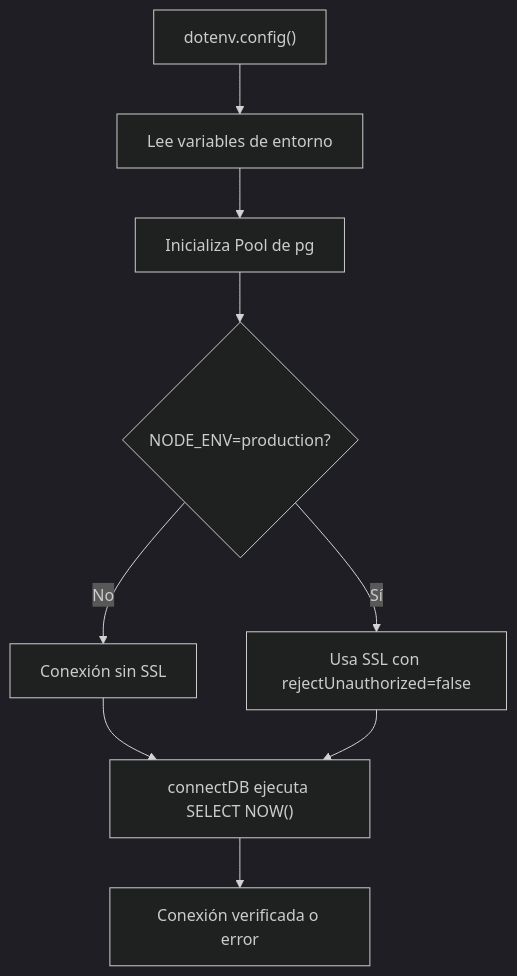
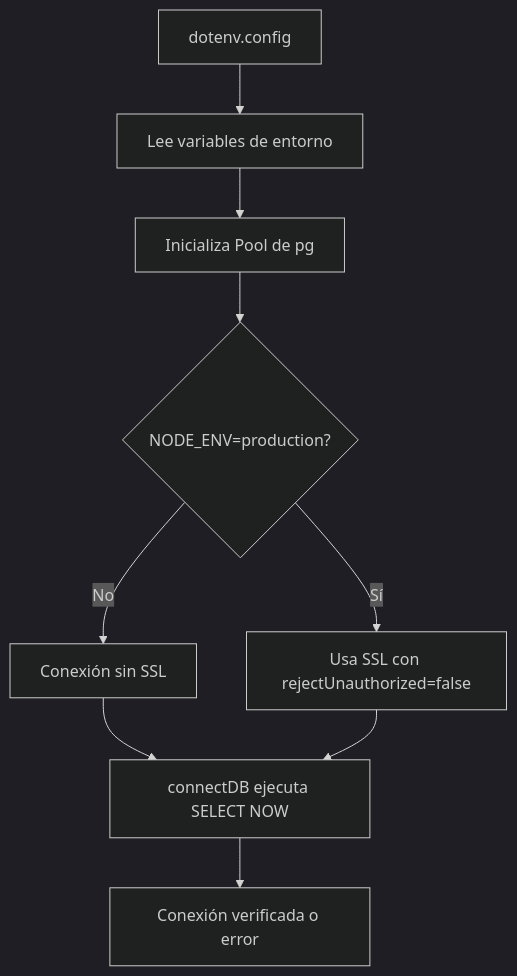
One commit to JosueSay/study-task-insights changed the diagram in docs/code/config/db.md. Above: the diagram before and after it, drawn with Mermaid (dark theme). The commit also changed other lines of this file and 6 other files, not shown here.

````diff
--- a/docs/code/config/db.md
+++ b/docs/code/config/db.md
@@ -19,11 +19,11 @@
 ```mermaid
 flowchart TD
-    A[dotenv.config#40;#41;] --> B[Lee variables de entorno]
+    A[dotenv.config] --> B[Lee variables de entorno]
     B --> C[Inicializa Pool de pg]
     C --> D{NODE_ENV=production?}
     D -- Sí --> E[Usa SSL con rejectUnauthorized=false]
     D -- No --> F[Conexión sin SSL]
-    F --> G[connectDB ejecuta SELECT NOW#40;#41;]
+    F --> G[connectDB ejecuta SELECT NOW]
     E --> G
     G --> H[Conexión verificada o error]
 ```
````
